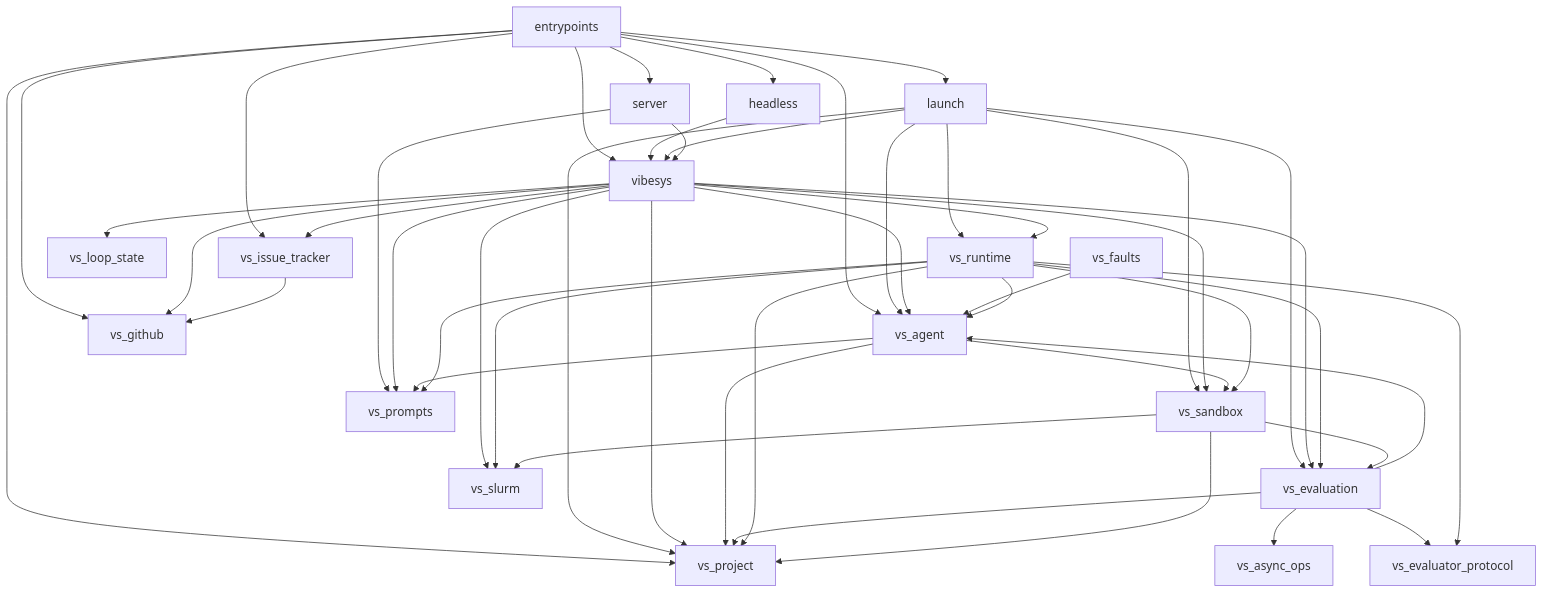
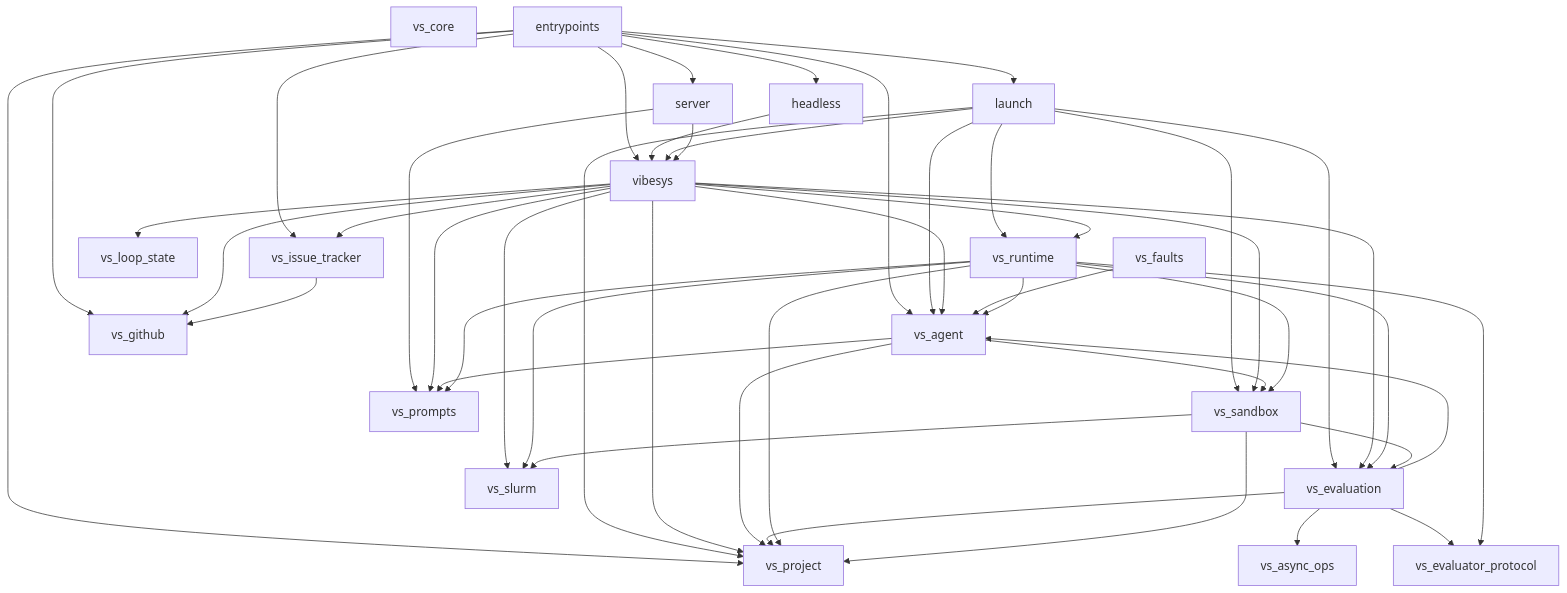
Before and after one commit to AyanBinRafaih/vibe-serve: the first of 3 diagrams in docs/contributing/architecture.md, drawn with Mermaid. The commit also changed other lines of this file and 64 other files, not shown here.

````diff
--- a/docs/contributing/architecture.md
+++ b/docs/contributing/architecture.md
@@ -78,49 +83,50 @@
 ```mermaid
 graph TD
+    vs_core
     entrypoints --> headless
     entrypoints --> launch
     entrypoints --> server
     entrypoints --> vibesys
     entrypoints --> vs_agent
     entrypoints --> vs_github
     entrypoints --> vs_issue_tracker
     entrypoints --> vs_project
     headless --> vibesys
     launch --> vibesys
     launch --> vs_agent
     launch --> vs_evaluation
     launch --> vs_project
     launch --> vs_runtime
     launch --> vs_sandbox
     server --> vibesys
     server --> vs_prompts
     vibesys --> vs_agent
     vibesys --> vs_evaluation
     vibesys --> vs_github
     vibesys --> vs_issue_tracker
     vibesys --> vs_loop_state
     vibesys --> vs_project
     vibesys --> vs_prompts
     vibesys --> vs_runtime
     vibesys --> vs_sandbox
     vibesys --> vs_slurm
     vs_agent --> vs_project
     vs_agent --> vs_prompts
     vs_agent --> vs_sandbox
     vs_evaluation --> vs_agent
     vs_evaluation --> vs_async_ops
     vs_evaluation --> vs_evaluator_protocol
     vs_evaluation --> vs_project
     vs_faults --> vs_agent
     vs_issue_tracker --> vs_github
     vs_runtime --> vs_agent
     vs_runtime --> vs_evaluation
     vs_runtime --> vs_evaluator_protocol
     vs_runtime --> vs_project
     vs_runtime --> vs_prompts
     vs_runtime --> vs_sandbox
     vs_runtime --> vs_slurm
     vs_sandbox --> vs_evaluation
     vs_sandbox --> vs_project
     vs_sandbox --> vs_slurm
 ```
````
